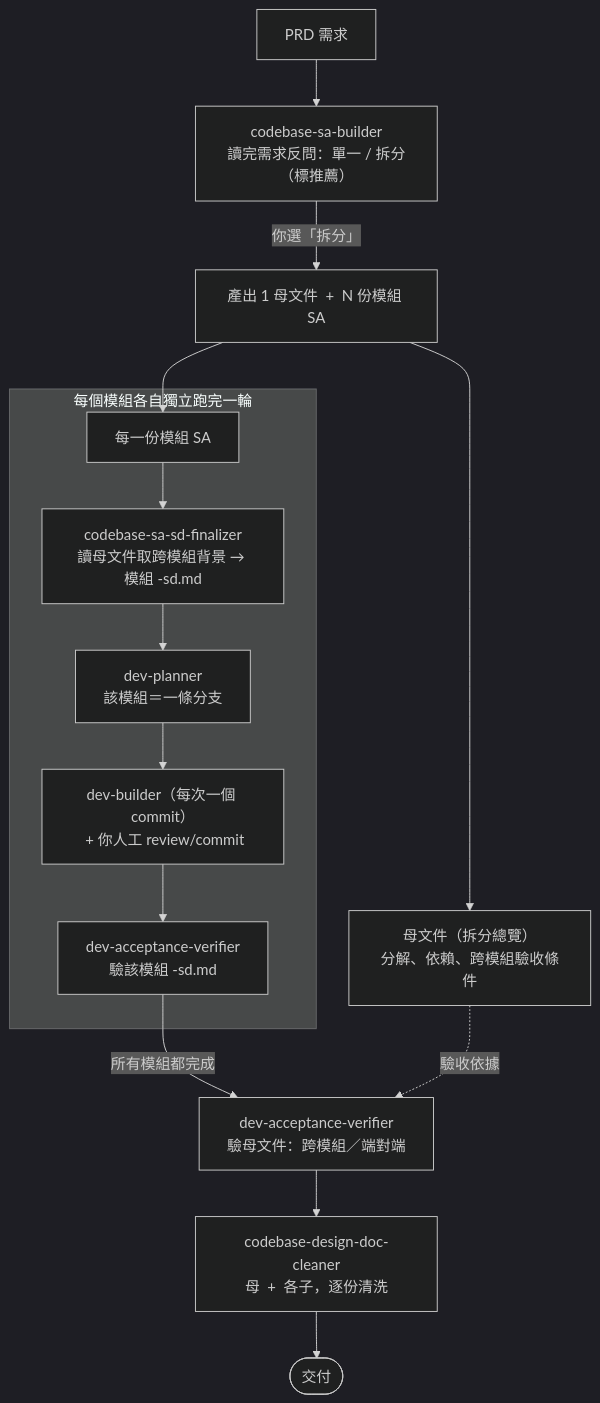
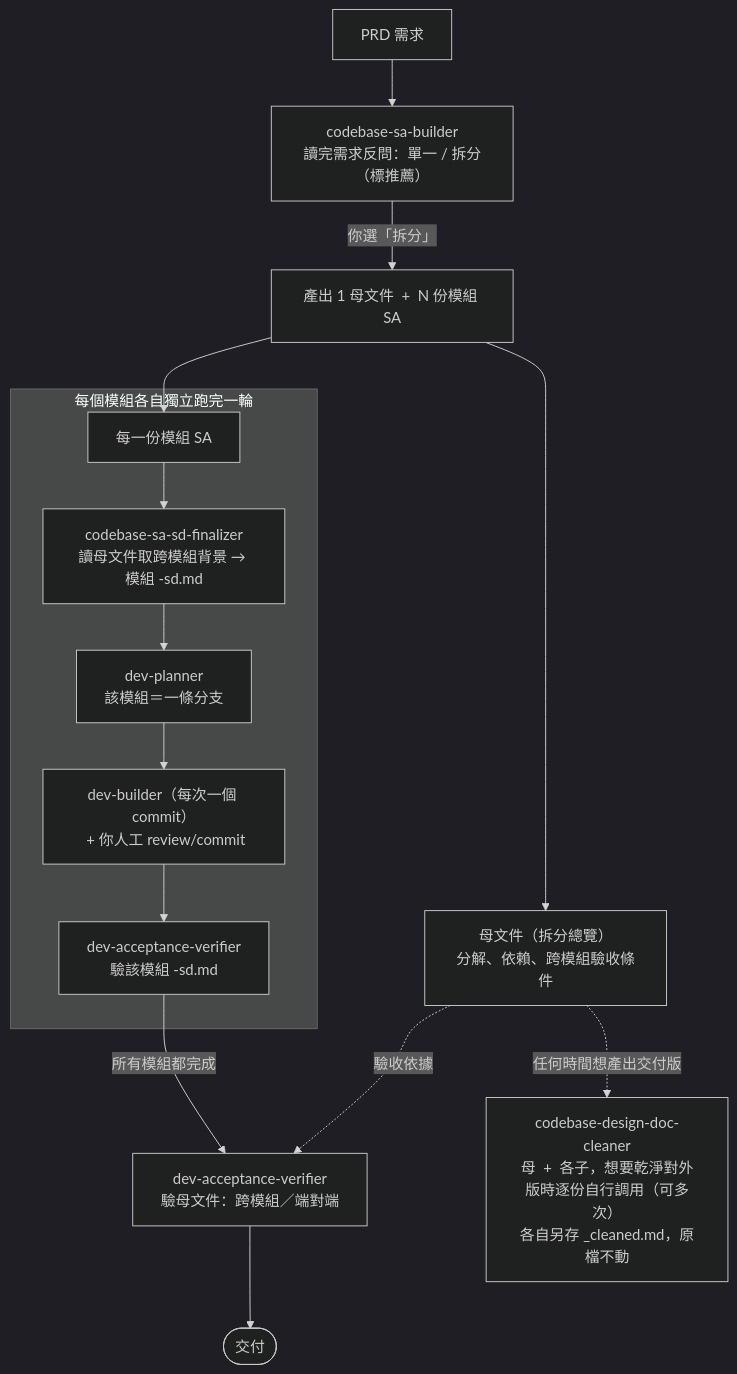
One commit to asd880921/spec-flow changed the third of 4 diagrams in README.md. Above: the diagram before and after it, drawn with Mermaid (dark theme). The commit also changed other lines of this file and 3 other files, not shown here.

````diff
--- a/README.md
+++ b/README.md
@@ -88,19 +89,20 @@
 ```mermaid
 flowchart TD
     PRD[PRD 需求] --> SAB["codebase-sa-builder<br/>讀完需求反問：單一 / 拆分（標推薦）"]
     SAB -->|你選「拆分」| SPLIT["產出 1 母文件  +  N 份模組 SA"]
     SPLIT --> OVER["母文件（拆分總覽）<br/>分解、依賴、跨模組驗收條件"]
     SPLIT --> M[每一份模組 SA]
 
     subgraph ROUND["每個模組各自獨立跑完一輪"]
       M --> FIN["codebase-sa-sd-finalizer<br/>讀母文件取跨模組背景 → 模組 -sd.md"]
       FIN --> PLAN["dev-planner<br/>該模組＝一條分支"]
       PLAN --> BUILD["dev-builder（每次一個 commit）<br/> + 你人工 review/commit"]
       BUILD --> MVER["dev-acceptance-verifier<br/>驗該模組 -sd.md"]
     end
 
     MVER -->|所有模組都完成| OVER2["dev-acceptance-verifier<br/>驗母文件：跨模組／端對端"]
     OVER -. 驗收依據 .-> OVER2
-    OVER2 --> CLEAN["codebase-design-doc-cleaner<br/>母  +  各子，逐份清洗"]
-    CLEAN --> DONE([交付])
+    OVER2 --> DONE([交付])
+    CLEAN["codebase-design-doc-cleaner<br/>母  +  各子，想要乾淨對外版時逐份自行調用（可多次）<br/>各自另存 _cleaned.md，原檔不動"]
+    OVER -. 任何時間想產出交付版 .-> CLEAN
 ```
````
